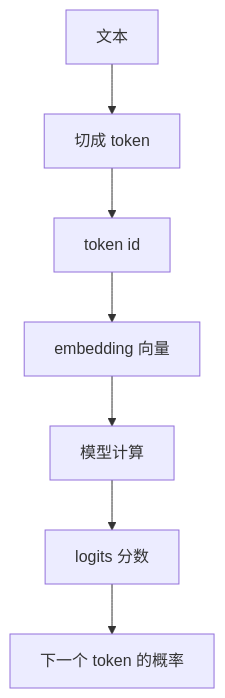
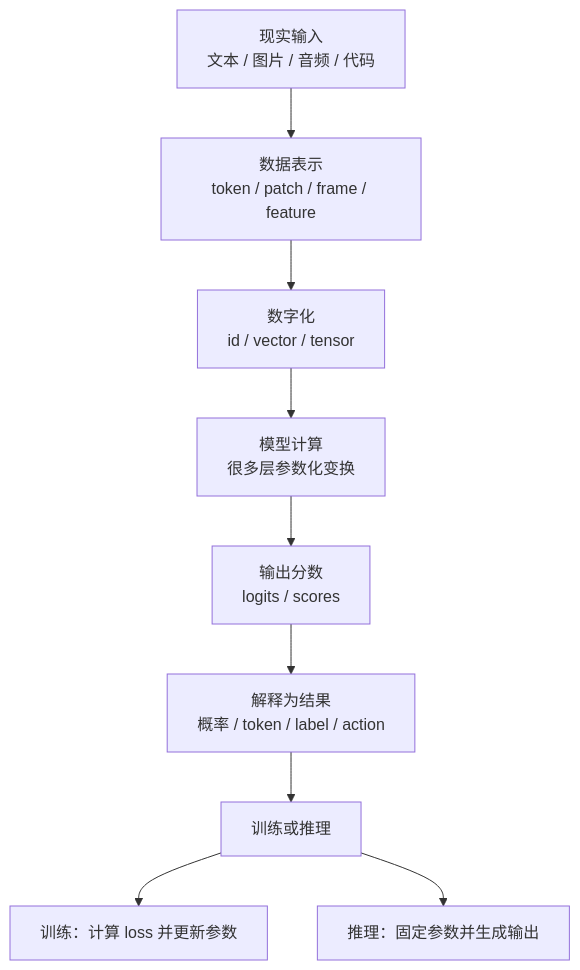
The diagram in docs/02-ai-workloads/ai-fundamentals.md (AmourSec/aikg), drawn with Mermaid before and after one commit. The commit also changed other lines of this file and 7 other files, not shown here.

````diff
--- a/docs/02-ai-workloads/ai-fundamentals.md
+++ b/docs/02-ai-workloads/ai-fundamentals.md
@@ -142,9 +29,11 @@
 ```mermaid
 flowchart TD
-  A["文本"] --> B["切成 token"]
-  B --> C["token id"]
-  C --> D["embedding 向量"]
-  D --> E["模型计算"]
-  E --> F["logits 分数"]
-  F --> G["下一个 token 的概率"]
+    A["现实输入<br/>文本 / 图片 / 音频 / 代码"] --> B["数据表示<br/>token / patch / frame / feature"]
+    B --> C["数字化<br/>id / vector / tensor"]
+    C --> D["模型计算<br/>很多层参数化变换"]
+    D --> E["输出分数<br/>logits / scores"]
+    E --> F["解释为结果<br/>概率 / token / label / action"]
+    F --> G["训练或推理"]
+    G --> H["训练：计算 loss 并更新参数"]
+    G --> I["推理：固定参数并生成输出"]
 ```
````
